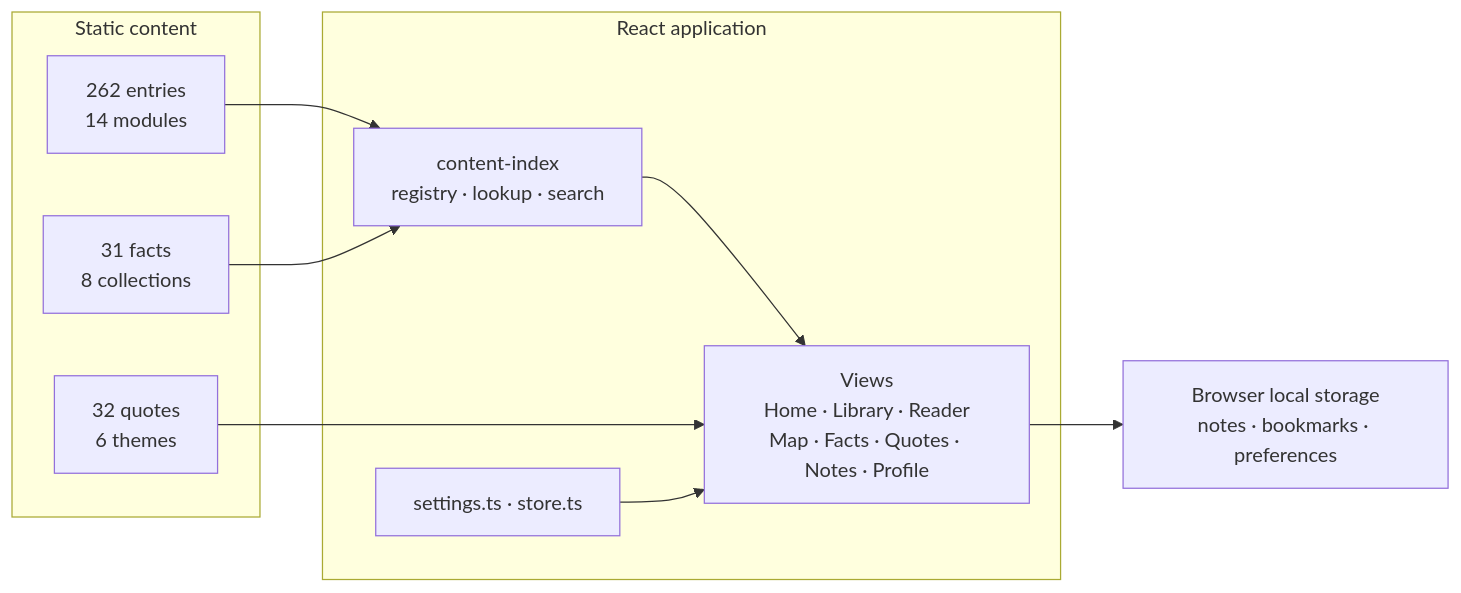
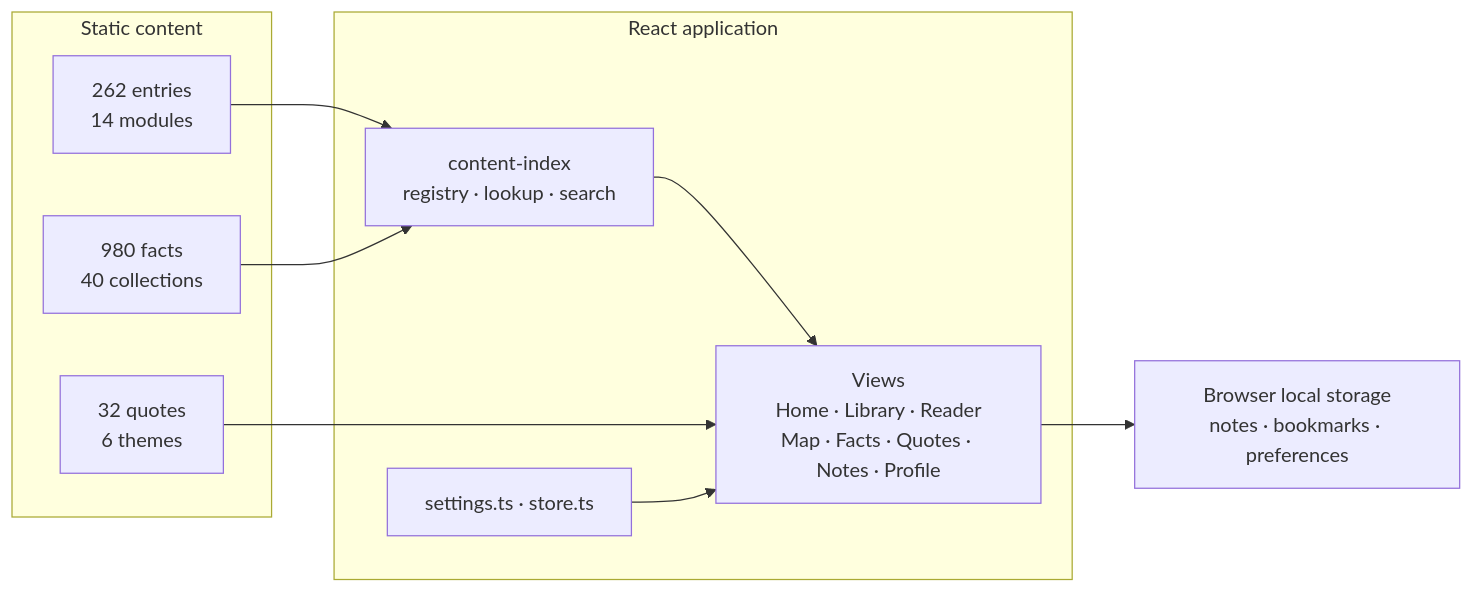
The first of 3 diagrams in README.md (apsideslabs/mindtrace), drawn with Mermaid before and after one commit. The commit also changed other lines of this file, not shown here.

Commit message:
docs: update README figures — facts library now 980 findings across 40 collections

````diff
--- a/README.md
+++ b/README.md
@@ -101,23 +102,23 @@
 ```mermaid
 flowchart LR
     subgraph Content["Static content"]
         E["262 entries<br/>14 modules"]
-        F["31 facts<br/>8 collections"]
+        F["980 facts<br/>40 collections"]
         Q["32 quotes<br/>6 themes"]
     end
 
     subgraph App["React application"]
         IDX["content-index<br/>registry · lookup · search"]
         V["Views<br/>Home · Library · Reader<br/>Map · Facts · Quotes · Notes · Profile"]
         S["settings.ts · store.ts"]
     end
 
     LS["Browser local storage<br/>notes · bookmarks · preferences"]
 
     E --> IDX
     F --> IDX
     IDX --> V
     Q --> V
     S --> V
     V --> LS
 ```
````
